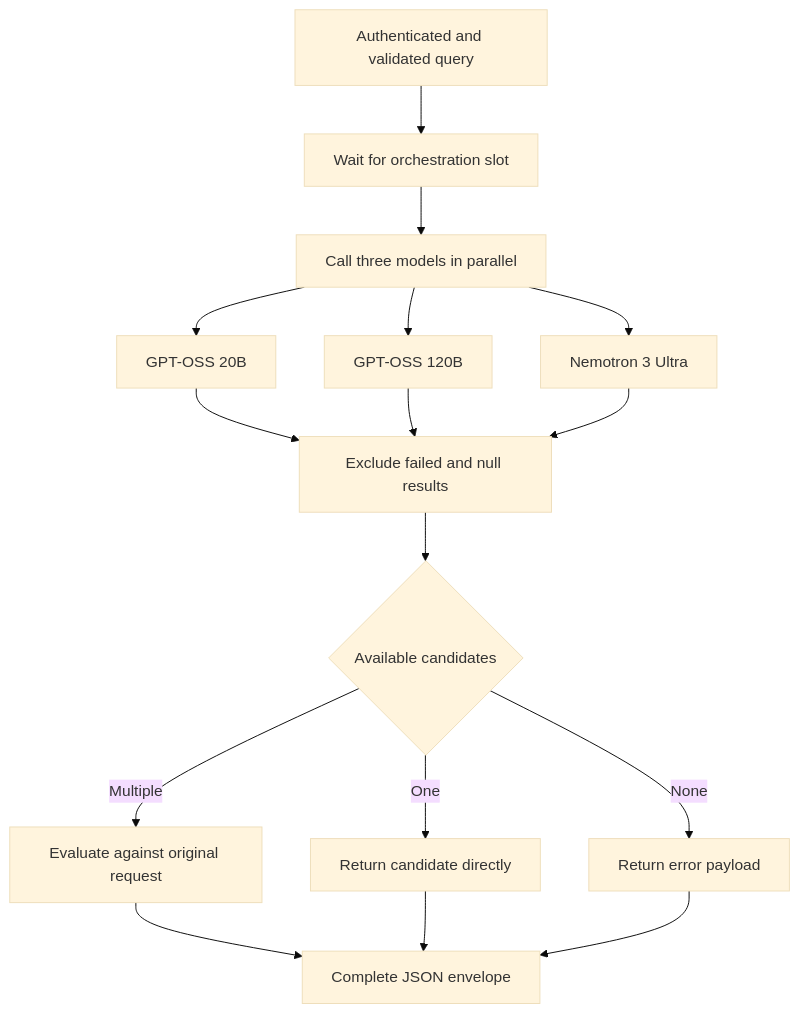
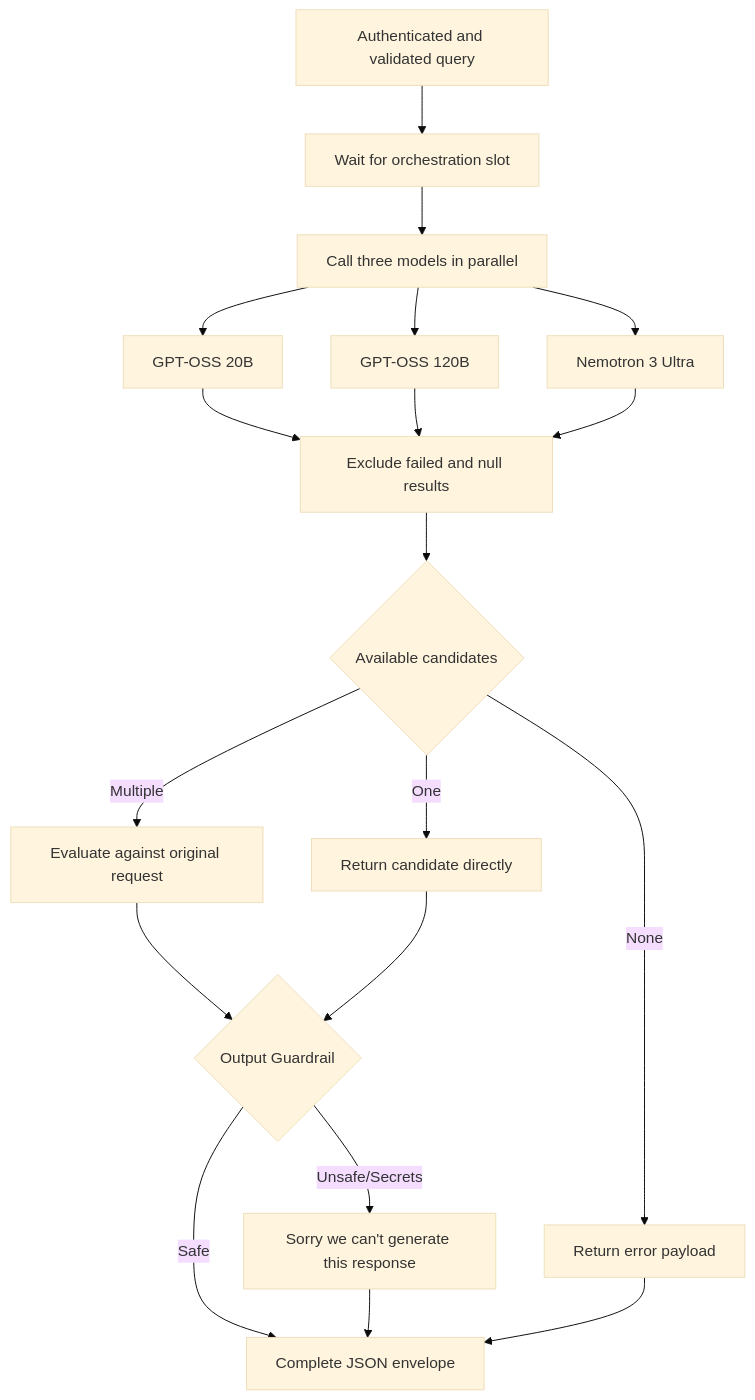
One commit to subhamoydatta703/AI-Inference-Platform changed the second of 2 diagrams in README.md. Above: the diagram before and after it, drawn with Mermaid (base theme). The commit also changed other lines of this file and 6 other files, not shown here.

````diff
--- a/README.md
+++ b/README.md
@@ -64,18 +66,21 @@
 ```mermaid
 flowchart TD
     Request[Authenticated and validated query] --> Queue[Wait for orchestration slot]
     Queue --> Fanout[Call three models in parallel]
     Fanout --> Small[GPT-OSS 20B]
     Fanout --> Large[GPT-OSS 120B]
     Fanout --> Nemotron[Nemotron 3 Ultra]
     Small --> Filter[Exclude failed and null results]
     Large --> Filter
     Nemotron --> Filter
     Filter --> Count{Available candidates}
     Count -->|Multiple| Evaluate[Evaluate against original request]
     Count -->|One| Direct[Return candidate directly]
     Count -->|None| Error[Return error payload]
-    Evaluate --> Output[Complete JSON envelope]
-    Direct --> Output
+    Evaluate --> Guardrail{Output Guardrail}
+    Direct --> Guardrail
+    Guardrail -->|Safe| Output[Complete JSON envelope]
+    Guardrail -->|Unsafe/Secrets| Blocked["Sorry we can't generate this response"]
+    Blocked --> Output
     Error --> Output
 ```
````
